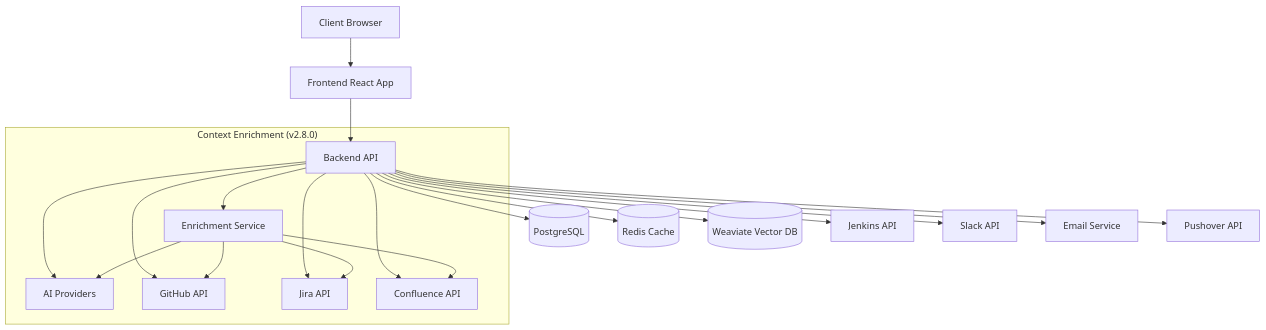
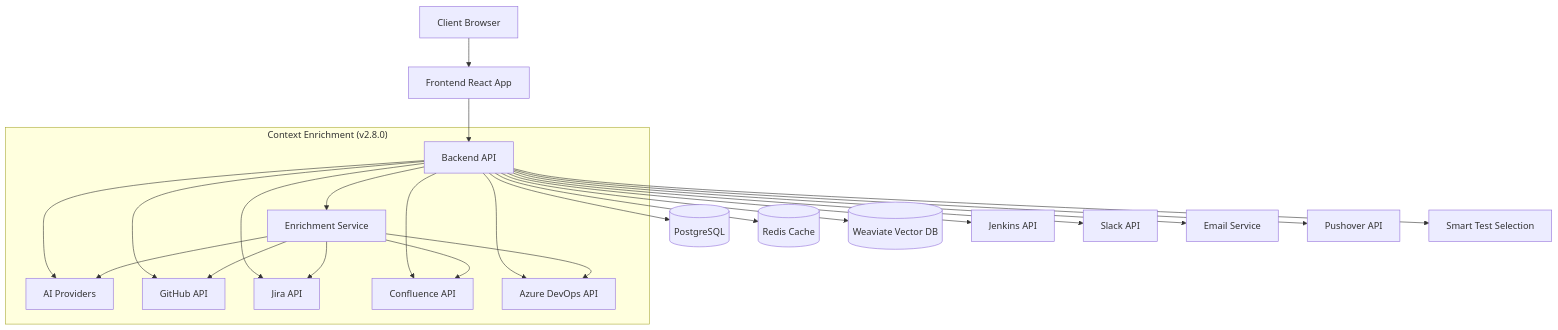
The first of 9 diagrams in docs/architecture.md (rayalon1984/testops-copilot), drawn with Mermaid before and after one commit. The commit also changed other lines of this file and 3 other files, not shown here.

First line of the commit message:
docs: add Azure DevOps and Smart Test Selection to 4 gap files

````diff
--- a/docs/architecture.md
+++ b/docs/architecture.md
@@ -9,24 +9,27 @@
 ```mermaid
 graph TD
     Client[Client Browser] --> FE[Frontend React App]
     FE --> API[Backend API]
     API --> DB[(PostgreSQL)]
     API --> Redis[(Redis Cache)]
     API --> AI[AI Providers]
     API --> Weaviate[(Weaviate Vector DB)]
     API --> Jenkins[Jenkins API]
     API --> GitHub[GitHub API]
     API --> Jira[Jira API]
     API --> Confluence[Confluence API]
+    API --> AzDO[Azure DevOps API]
     API --> Slack[Slack API]
     API --> Email[Email Service]
     API --> Pushover[Pushover API]
+    API --> SmartSelect[Smart Test Selection]
 
     subgraph "Context Enrichment (v2.8.0)"
         API --> Enrichment[Enrichment Service]
         Enrichment --> Jira
         Enrichment --> Confluence
         Enrichment --> GitHub
+        Enrichment --> AzDO
         Enrichment --> AI
     end
 ```
````
